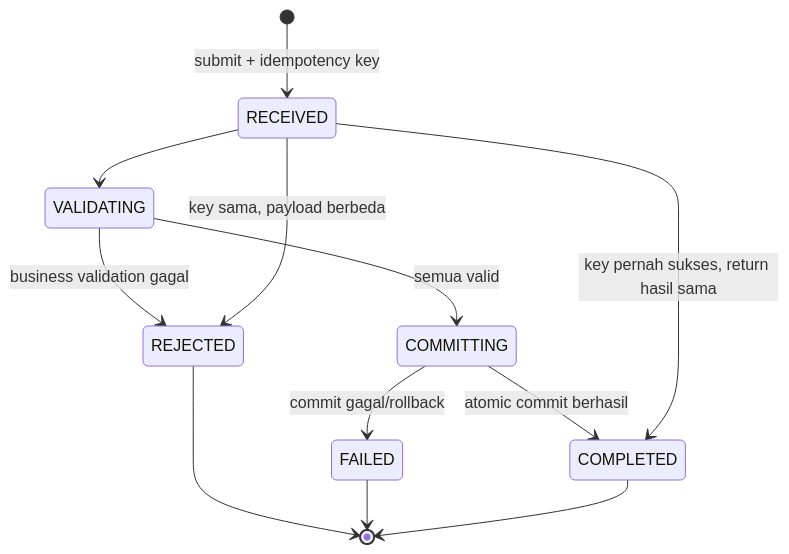
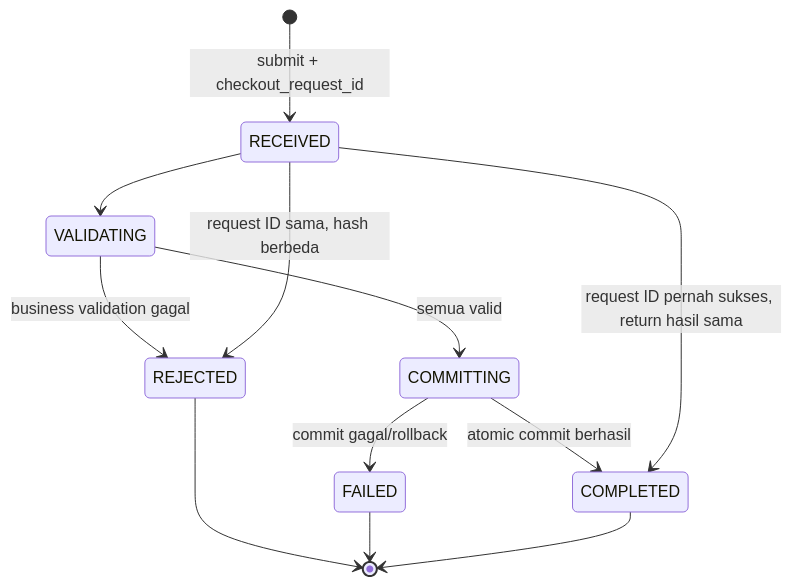
One commit to TeamOneee/pos-project-be changed the second of 4 diagrams in docs/deliverables/03-iterasi-1-proposed-srs.md. Above: the diagram before and after it, drawn with Mermaid. The commit also changed other lines of this file and 4 other files, not shown here.

````diff
--- a/docs/deliverables/03-iterasi-1-proposed-srs.md
+++ b/docs/deliverables/03-iterasi-1-proposed-srs.md
@@ -487,14 +489,14 @@
 ```mermaid
 stateDiagram-v2
-    [*] --> RECEIVED: submit + idempotency key
+    [*] --> RECEIVED: submit + checkout_request_id
     RECEIVED --> VALIDATING
     VALIDATING --> REJECTED: business validation gagal
     VALIDATING --> COMMITTING: semua valid
     COMMITTING --> COMPLETED: atomic commit berhasil
     COMMITTING --> FAILED: commit gagal/rollback
-    RECEIVED --> COMPLETED: key pernah sukses, return hasil sama
-    RECEIVED --> REJECTED: key sama, payload berbeda
+    RECEIVED --> COMPLETED: request ID pernah sukses, return hasil sama
+    RECEIVED --> REJECTED: request ID sama, hash berbeda
     REJECTED --> [*]
     FAILED --> [*]
     COMPLETED --> [*]
 ```
````
